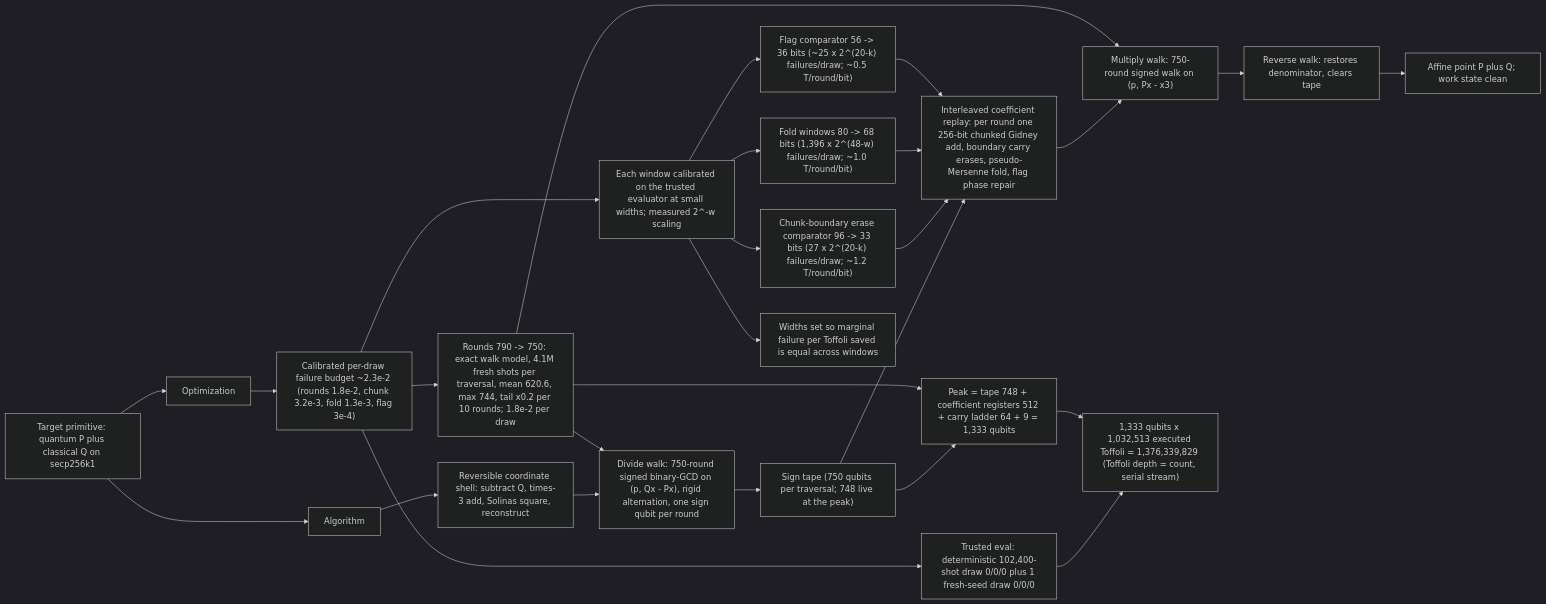
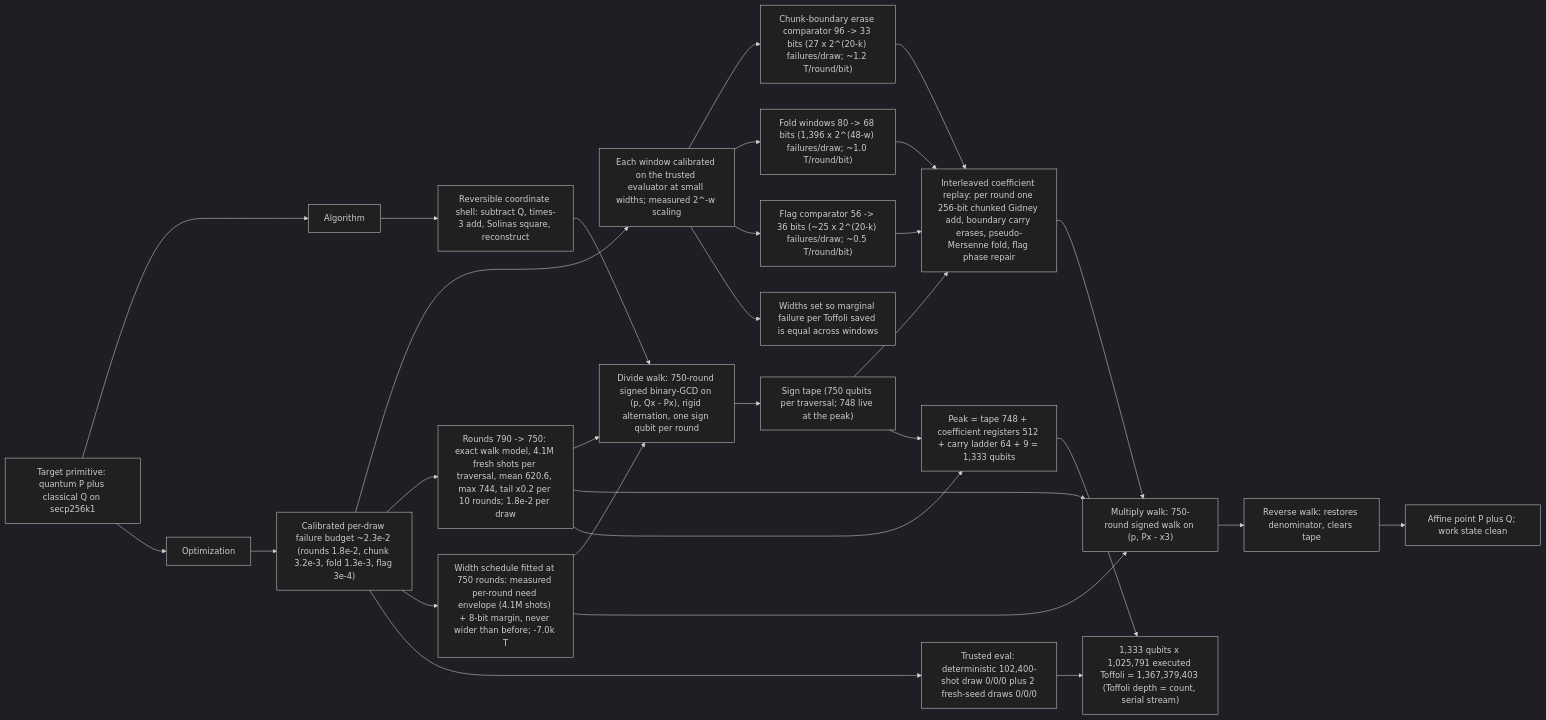
Before and after one commit to ecdlp-contest/ecdlp-point-add: the diagram in src/point_add/architecture.mmd, drawn with Mermaid (dark theme). The commit also changed 3 other files, not shown here.

```diff
--- a/src/point_add/architecture.mmd
+++ b/src/point_add/architecture.mmd
@@ -1,48 +1,52 @@
 flowchart LR
     ROOT["Target primitive: quantum P plus classical Q on secp256k1"]
     ALG["Algorithm"]
     OPT["Optimization"]
     SHELL["Reversible coordinate shell: subtract Q, times-3 add, Solinas square, reconstruct"]
     DWALK["Divide walk: 750-round signed binary-GCD on (p, Qx - Px), rigid alternation, one sign qubit per round"]
     MWALK["Multiply walk: 750-round signed walk on (p, Px - x3)"]
     TAPE["Sign tape (750 qubits per traversal; 748 live at the peak)"]
     REPLAY["Interleaved coefficient replay: per round one 256-bit chunked Gidney add, boundary carry erases, pseudo-Mersenne fold, flag phase repair"]
     WBACK["Reverse walk: restores denominator, clears tape"]
     OUT["Affine point P plus Q; work state clean"]
     PEAKQ["Peak = tape 748 + coefficient registers 512 + carry ladder 64 + 9 = 1,333 qubits"]
     BUDGET["Calibrated per-draw failure budget ~2.3e-2 (rounds 1.8e-2, chunk 3.2e-3, fold 1.3e-3, flag 3e-4)"]
     CAL["Each window calibrated on the trusted evaluator at small widths; measured 2^-w scaling"]
     K1["Chunk-boundary erase comparator 96 -> 33 bits (27 x 2^(20-k) failures/draw; ~1.2 T/round/bit)"]
     K2["Fold windows 80 -> 68 bits (1,396 x 2^(48-w) failures/draw; ~1.0 T/round/bit)"]
     K3["Flag comparator 56 -> 36 bits (~25 x 2^(20-k) failures/draw; ~0.5 T/round/bit)"]
     ROUNDS["Rounds 790 -> 750: exact walk model, 4.1M fresh shots per traversal, mean 620.6, max 744, tail x0.2 per 10 rounds; 1.8e-2 per draw"]
     ALLOC["Widths set so marginal failure per Toffoli saved is equal across windows"]
-    EVAL["Trusted eval: deterministic 102,400-shot draw 0/0/0 plus 1 fresh-seed draw 0/0/0"]
-    METRICS["1,333 qubits x 1,032,513 executed Toffoli = 1,376,339,829 (Toffoli depth = count, serial stream)"]
+    SCHED["Width schedule fitted at 750 rounds: measured per-round need envelope (4.1M shots) + 8-bit margin, never wider than before; -7.0k T"]
+    EVAL["Trusted eval: deterministic 102,400-shot draw 0/0/0 plus 2 fresh-seed draws 0/0/0"]
+    METRICS["1,333 qubits x 1,025,791 executed Toffoli = 1,367,379,403 (Toffoli depth = count, serial stream)"]
 
     ROOT --> ALG
     ROOT --> OPT
     ALG --> SHELL
     SHELL --> DWALK
     DWALK --> TAPE
     TAPE --> REPLAY
     REPLAY --> MWALK
     MWALK --> WBACK
     WBACK --> OUT
     TAPE --> PEAKQ
     OPT --> BUDGET
     BUDGET --> CAL
     CAL --> K1
     CAL --> K2
     CAL --> K3
     BUDGET --> ROUNDS
     CAL --> ALLOC
+    BUDGET --> SCHED
+    SCHED --> DWALK
+    SCHED --> MWALK
     K1 --> REPLAY
     K2 --> REPLAY
     K3 --> REPLAY
     ROUNDS --> DWALK
     ROUNDS --> MWALK
     ROUNDS --> PEAKQ
     BUDGET --> EVAL
     EVAL --> METRICS
     PEAKQ --> METRICS
```
